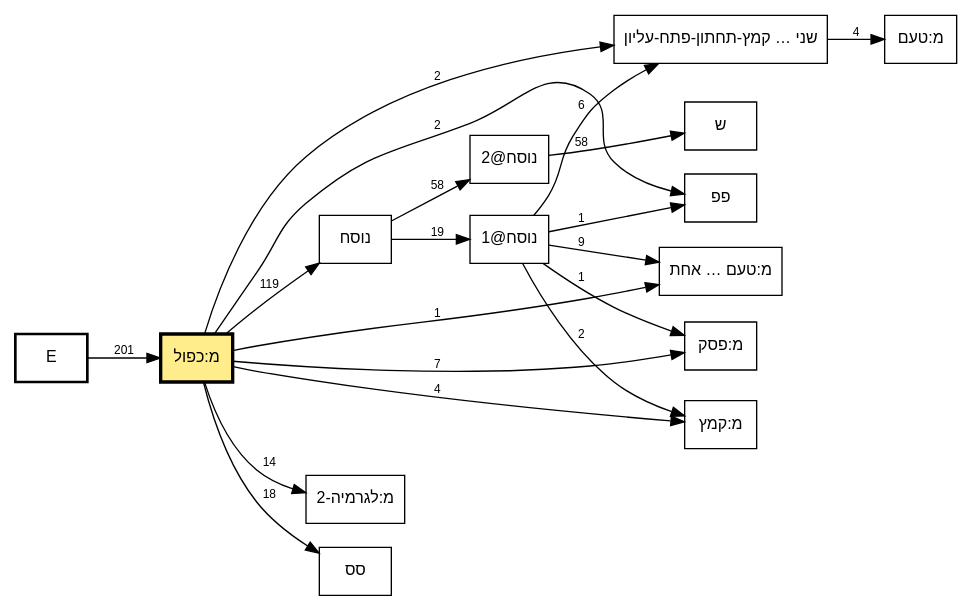
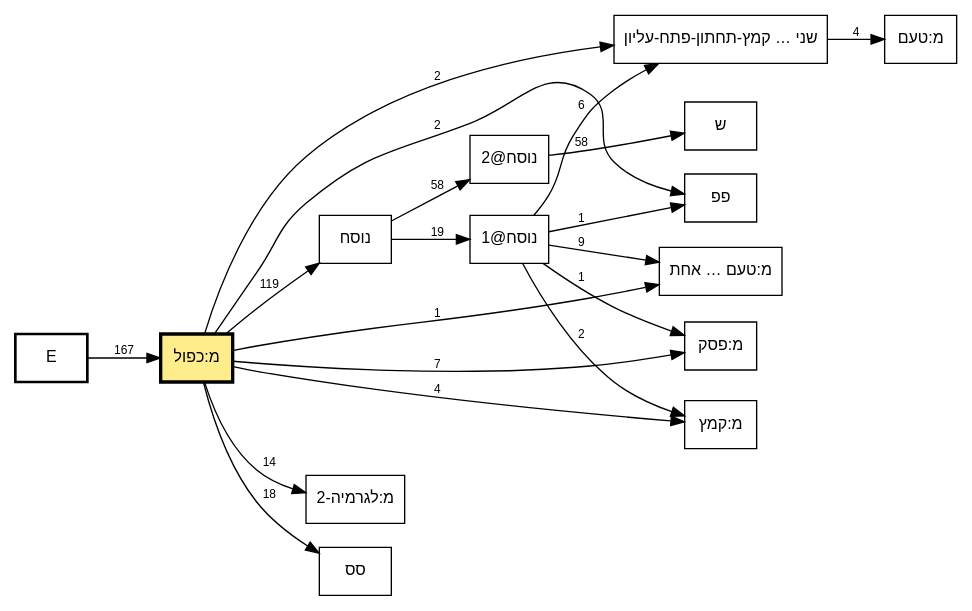
Before and after one commit to bdenckla/MAM-basics: the diagram in out/tmpl-survey-plain/plain-dualcant-call-graph.dot, drawn with Graphviz. The commit also changed 13 other files, not shown here.

```diff
--- a/out/tmpl-survey-plain/plain-dualcant-call-graph.dot
+++ b/out/tmpl-survey-plain/plain-dualcant-call-graph.dot
@@ -1,38 +1,38 @@
 // This file was generated by MAM-basics/py/main_tmpl_survey.py.
 // Do not edit by hand.
 digraph template_call_graph {
     rankdir=LR;
     node [fontname="SBL Hebrew,Helvetica", fontsize=12];
     edge [fontname="Helvetica", fontsize=9];
     graph [comment="This file was generated by MAM-basics/py/main_tmpl_survey.py."];
 
     // Column nodes
     node [shape=box, style=bold];
     "E";
 
     // Template nodes
     node [shape=box, style=""];
     "מ:טעם ומתג באות אחת" [label="מ:טעם … אחת", tooltip="מ:טעם ומתג באות אחת"];
     "מ:כפול" [fillcolor="lightgoldenrod1", style="filled", penwidth=2.5];
     "שני טעמים באות אחת קמץ-תחתון-פתח-עליון" [label="שני … קמץ-תחתון-פתח-עליון", tooltip="שני טעמים באות אחת קמץ-תחתון-פתח-עליון"];
 
     // Edges
-    "E" -> "מ:כפול" [label="201"];
+    "E" -> "מ:כפול" [label="167"];
     "מ:כפול" -> "מ:טעם ומתג באות אחת" [label="1"];
     "מ:כפול" -> "מ:לגרמיה-2" [label="14"];
     "מ:כפול" -> "מ:פסק" [label="7"];
     "מ:כפול" -> "מ:קמץ" [label="4"];
     "מ:כפול" -> "נוסח" [label="119"];
     "מ:כפול" -> "סס" [label="18"];
     "מ:כפול" -> "פפ" [label="2"];
     "מ:כפול" -> "שני טעמים באות אחת קמץ-תחתון-פתח-עליון" [label="2"];
     "נוסח" -> "נוסח@1" [label="19"];
     "נוסח" -> "נוסח@2" [label="58"];
     "נוסח@1" -> "מ:טעם ומתג באות אחת" [label="9"];
     "נוסח@1" -> "מ:פסק" [label="1"];
     "נוסח@1" -> "מ:קמץ" [label="2"];
     "נוסח@1" -> "פפ" [label="1"];
     "נוסח@1" -> "שני טעמים באות אחת קמץ-תחתון-פתח-עליון" [label="6"];
     "נוסח@2" -> "ש" [label="58"];
     "שני טעמים באות אחת קמץ-תחתון-פתח-עליון" -> "מ:טעם" [label="4"];
 }
```
